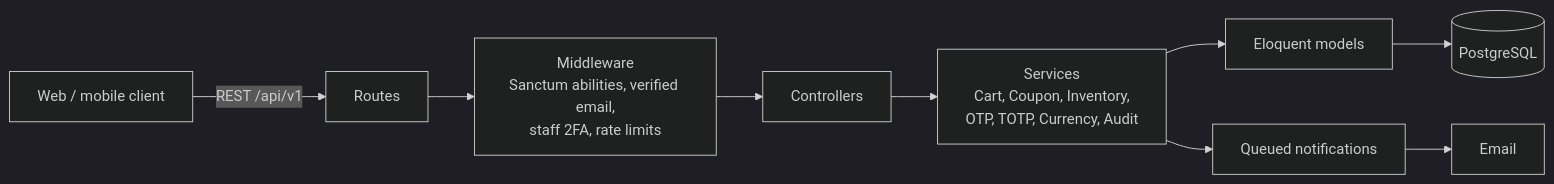
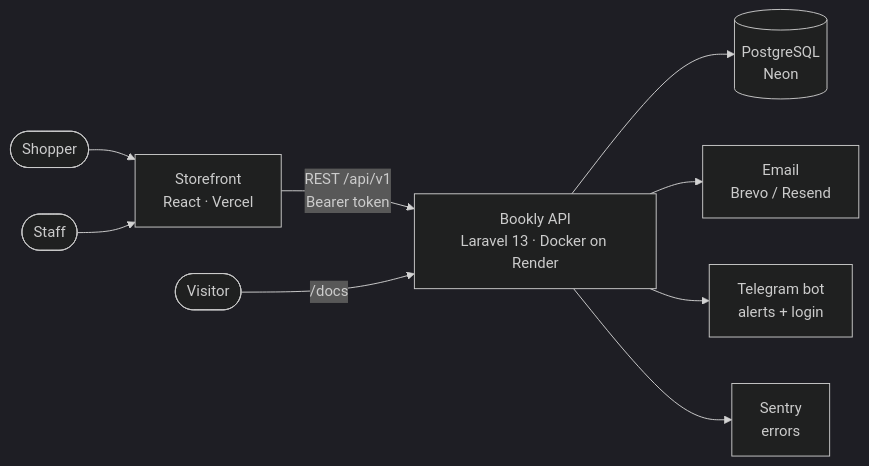
The first of 3 diagrams in README.md (danishsary8/bookly_backend_v2), drawn with Mermaid (dark theme) before and after one commit. The commit also changed other lines of this file and 1 other file, not shown here.

````diff
--- a/README.md
+++ b/README.md
@@ -67,10 +33,11 @@
 ```mermaid
 flowchart LR
-    Client[Web / mobile client] -->|REST /api/v1| Routes
-    Routes --> MW[Middleware<br/>Sanctum abilities, verified email,<br/>staff 2FA, rate limits]
-    MW --> Controllers
-    Controllers --> Services[Services<br/>Cart, Coupon, Inventory,<br/>OTP, TOTP, Currency, Audit]
-    Services --> Models[Eloquent models]
-    Models --> DB[(PostgreSQL)]
-    Services --> Queue[Queued notifications] --> Mail[Email]
+    Shopper([Shopper]) --> FE[Storefront<br/>React · Vercel]
+    Staff([Staff]) --> FE
+    FE -->|REST /api/v1<br/>Bearer token| API[Bookly API<br/>Laravel 13 · Docker on Render]
+    Visitor([Visitor]) -->|/docs| API
+    API --> DB[(PostgreSQL<br/>Neon)]
+    API --> Mail[Email<br/>Brevo / Resend]
+    API --> TG[Telegram bot<br/>alerts + login]
+    API --> Sentry[Sentry<br/>errors]
 ```
````
